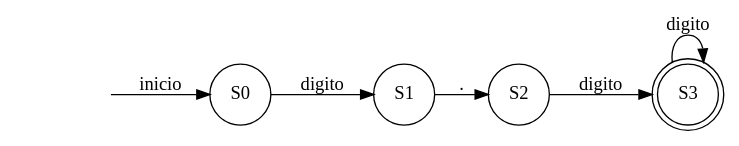
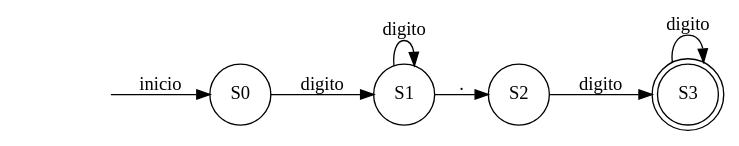
One commit to EstuardoSon/OCL1_202003894_P1 changed the diagram in Reportes_202003894/AFD_202003894/ExpresionReg2.dot. Above: the diagram before and after it, drawn with Graphviz. The commit also changed 41 other files, not shown here.

```diff
--- a/Reportes_202003894/AFD_202003894/ExpresionReg2.dot
+++ b/Reportes_202003894/AFD_202003894/ExpresionReg2.dot
@@ -1,12 +1,13 @@
 digraph G{
 rankdir = LR;
 inicio[style="invis"];inicio->S0 [label="inicio"];
 S0[label="S0"shape=circle];
 S0 -> S1[label="digito"]
 S1[label="S1"shape=circle];
+S1 -> S1[label="digito"]
 S1 -> S2[label="."]
 S2[label="S2"shape=circle];
 S2 -> S3[label="digito"]
 S3[label="S3"shape=doublecircle];
 S3 -> S3[label="digito"]
 }
```
